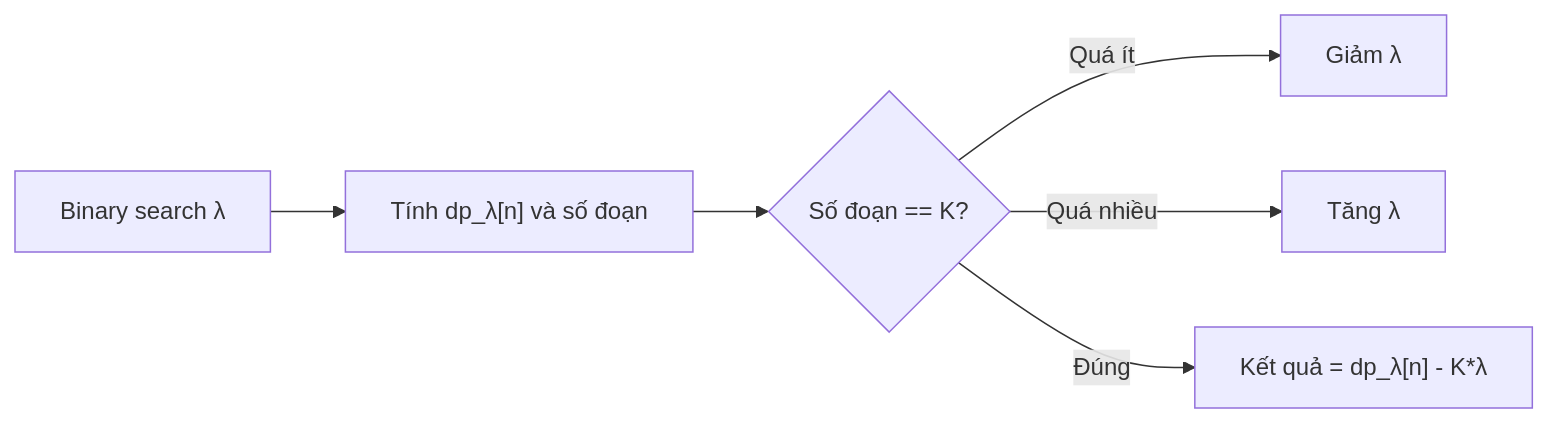
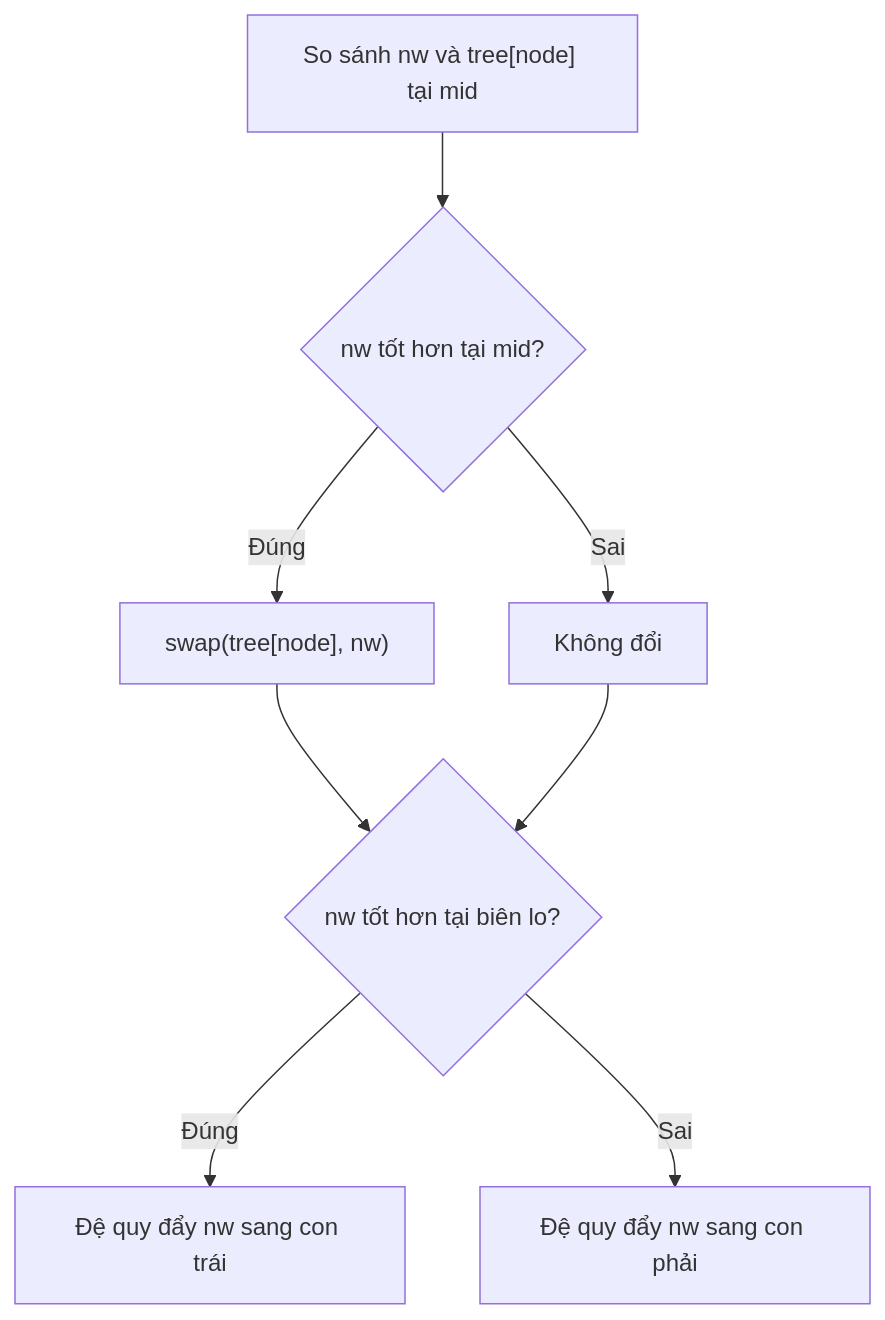
The fourth of 5 diagrams in docs/lessons/dp-optimization.md (FPTOJ-OJ/fptoj_wiki), drawn with Mermaid before and after one commit. The commit also changed other lines of this file and 377 other files, not shown here.

````diff
--- a/docs/lessons/dp-optimization.md
+++ b/docs/lessons/dp-optimization.md
@@ -763,8 +479,10 @@
 ```mermaid
-graph LR
-    A["Binary search λ"] --> B["Tính dp_λ[n] và số đoạn"]
-    B --> C{Số đoạn == K?}
-    C -->|"Quá ít"| D["Giảm λ"]
-    C -->|"Quá nhiều"| E["Tăng λ"]
-    C -->|"Đúng"| F["Kết quả = dp_λ[n] - K*λ"]
+graph TD
+    A["So sánh nw và tree[node] tại mid"] --> B{nw tốt hơn tại mid?}
+    B -->|"Đúng"| C["swap(tree[node], nw)"]
+    B -->|"Sai"| D["Không đổi"]
+    C --> E{nw tốt hơn tại biên lo?}
+    D --> E
+    E -->|"Đúng"| F["Đệ quy đẩy nw sang con trái"]
+    E -->|"Sai"| G["Đệ quy đẩy nw sang con phải"]
 ```
````
